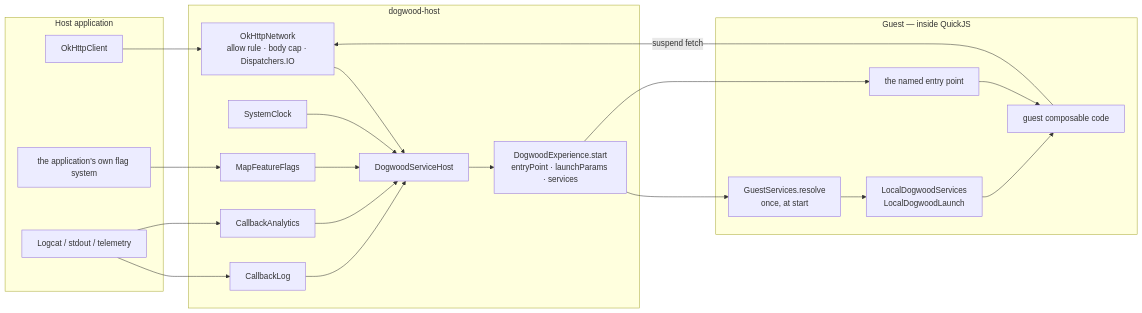
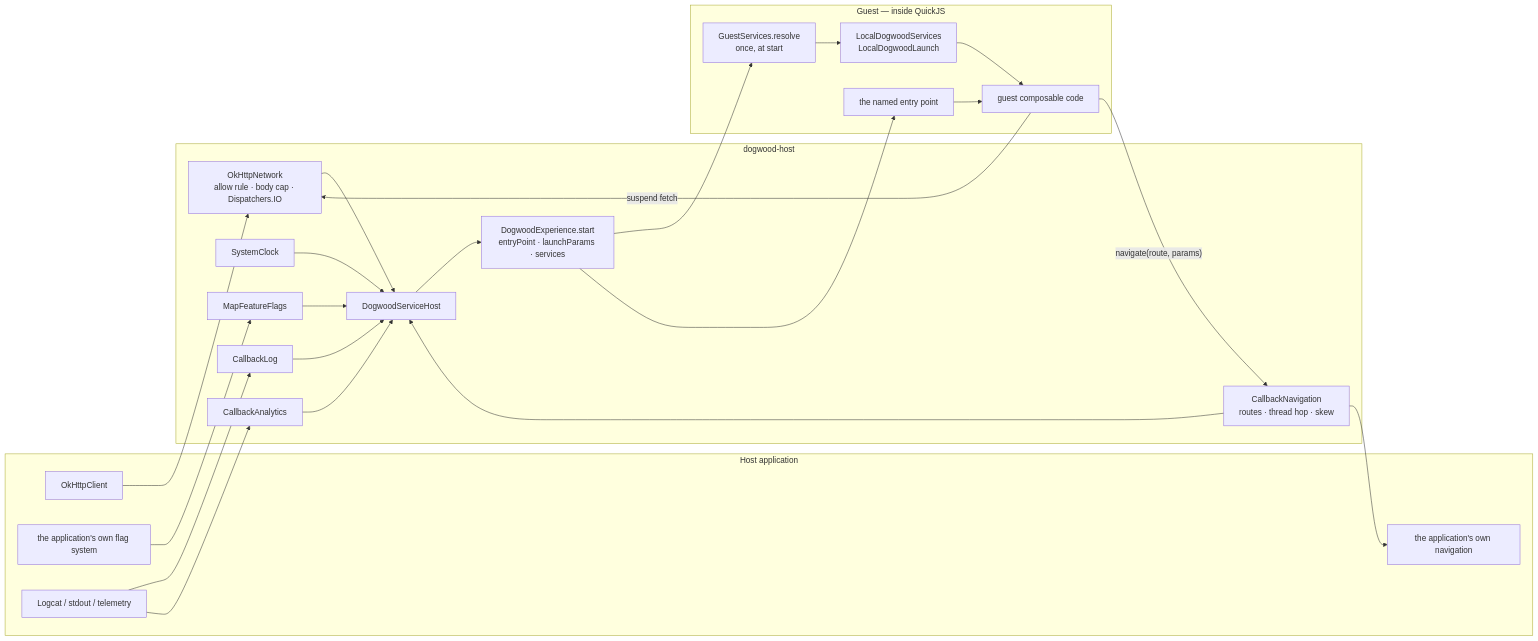
The third of 5 diagrams in specs/layer-5-host.md (teegarcs/dogwood), drawn with Mermaid before and after one commit. The commit also changed other lines of this file and 13 other files, not shown here.

````diff
--- a/specs/layer-5-host.md
+++ b/specs/layer-5-host.md
@@ -221,37 +221,41 @@
 ```mermaid
 flowchart LR
   subgraph app["Host application"]
     okhttp["OkHttpClient"]
     flags["the application's own flag system"]
     logsink["Logcat / stdout / telemetry"]
+    router["the application's own navigation"]
   end
   subgraph hostside["dogwood-host"]
     vendor["DogwoodServiceHost"]
     net["OkHttpNetwork<br/>allow rule · body cap · Dispatchers.IO"]
     clock["SystemClock"]
     cbl["CallbackLog"]
     cba["CallbackAnalytics"]
     mff["MapFeatureFlags"]
+    nav["CallbackNavigation<br/>routes · thread hop · skew"]
     exp["DogwoodExperience.start<br/>entryPoint · launchParams · services"]
   end
   subgraph guestside["Guest — inside QuickJS"]
     resolve["GuestServices.resolve<br/>once, at start"]
     local["LocalDogwoodServices<br/>LocalDogwoodLaunch"]
     entry["the named entry point"]
     code["guest composable code"]
   end
 
   okhttp --> net
   flags --> mff
   logsink --> cbl
   logsink --> cba
   net --> vendor
   clock --> vendor
   cbl --> vendor
   cba --> vendor
   mff --> vendor
+  nav --> vendor
   vendor --> exp
   exp --> resolve --> local --> code
   exp --> entry --> code
   code -- "suspend fetch" --> net
+  code -- "navigate(route, params)" --> nav --> router
 ```
````
